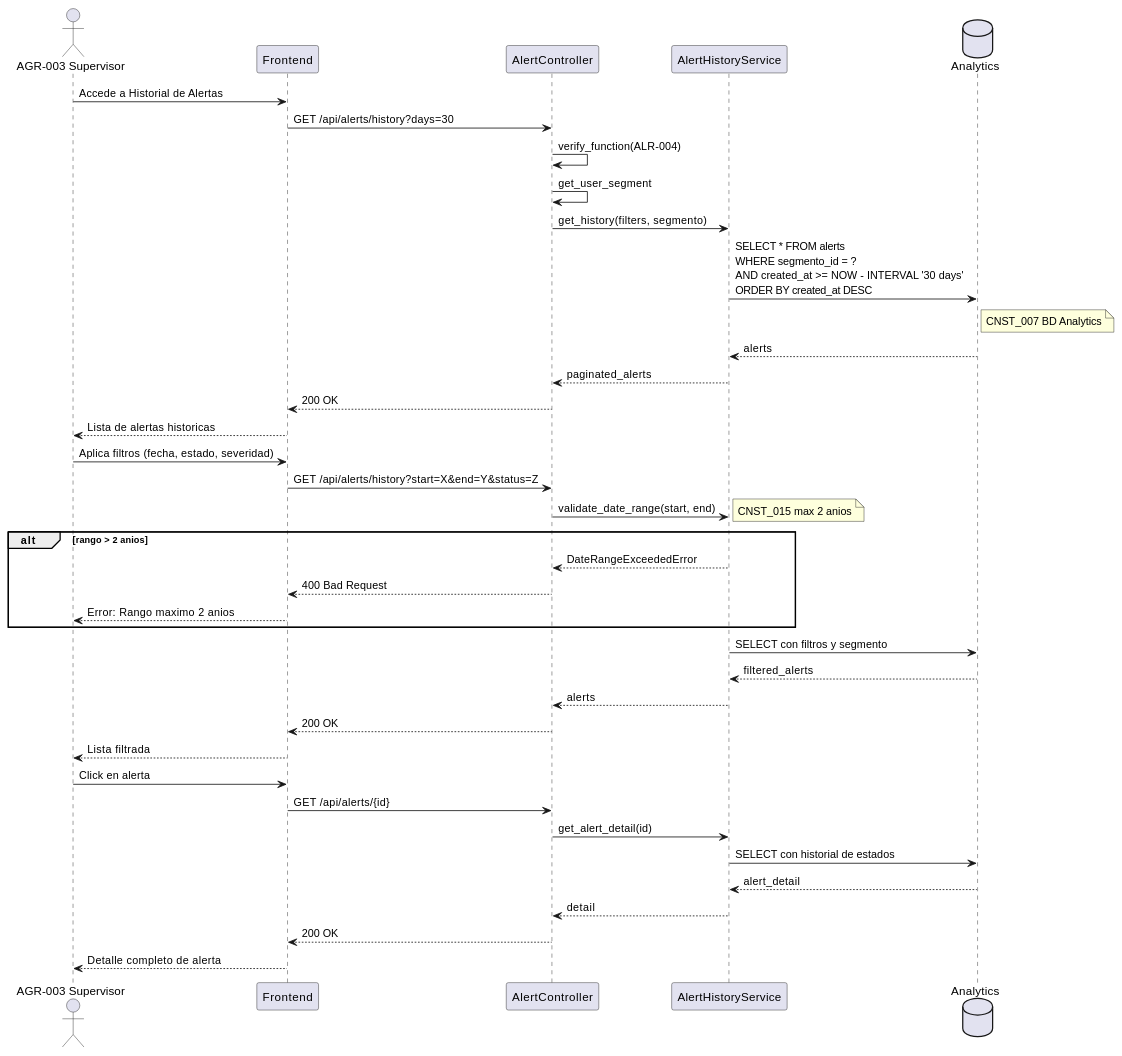
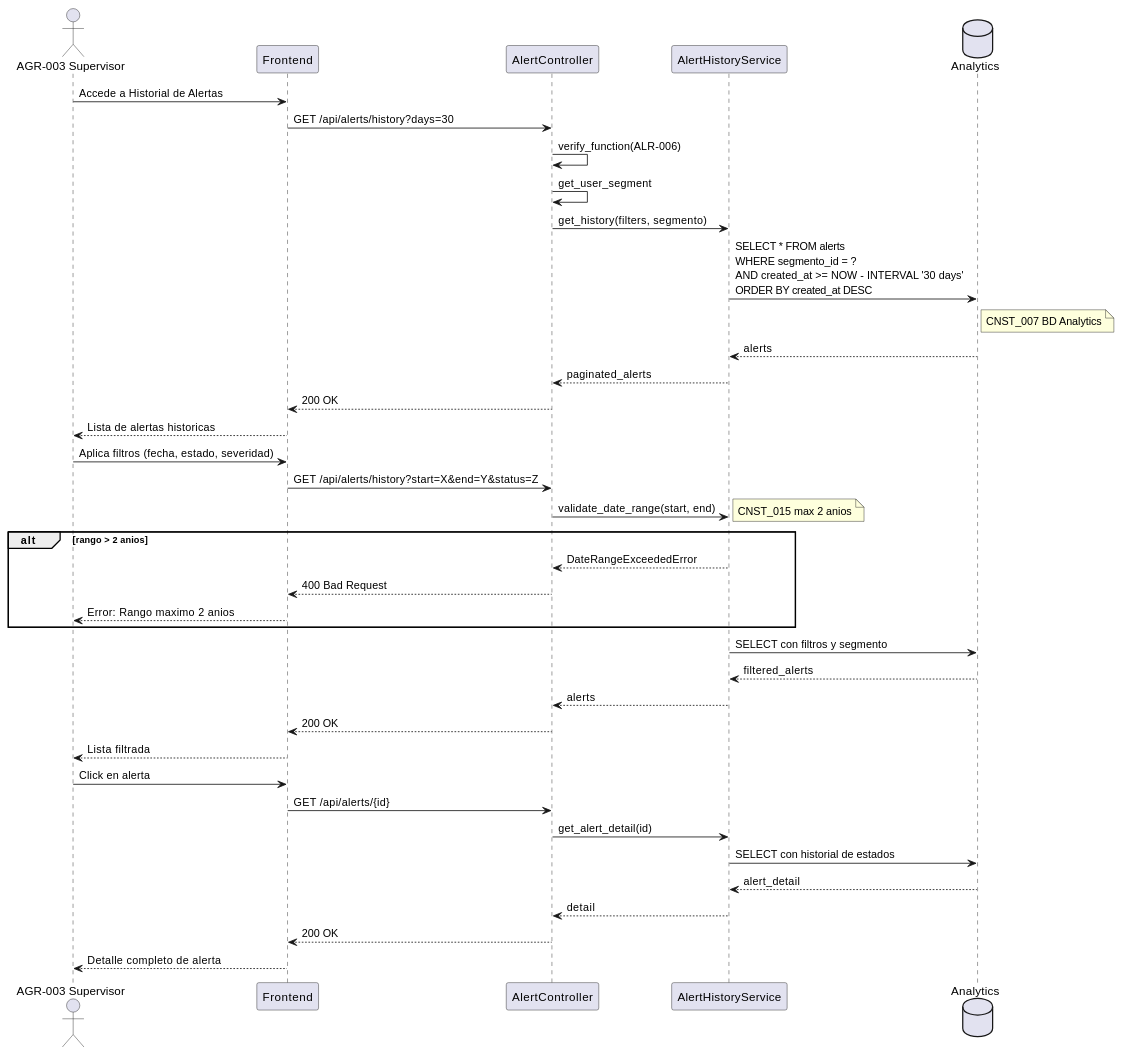
One commit to jcg-admin/IACT-docs changed the second of 3 diagrams in source/requisitos/casos-uso/alerts/uc-alr-04-ver-historial-alertas.rst. Above: the diagram before and after it, drawn with PlantUML. The commit also changed other lines of this file and 8 other files, not shown here.

```diff
--- a/source/requisitos/casos-uso/alerts/uc-alr-04-ver-historial-alertas.rst
+++ b/source/requisitos/casos-uso/alerts/uc-alr-04-ver-historial-alertas.rst
@@ -156,50 +156,50 @@
 .. uml::
  :caption: Diagrama de Secuencia - UC_ALR_04
 
  @startuml
  actor "AGR-003 Supervisor" as S
  participant "Frontend" as FE
  participant "AlertController" as AC
  participant "AlertHistoryService" as AHS
  database "Analytics" as DB
 
  S -> FE: Accede a Historial de Alertas
  FE -> AC: GET /api/alerts/history?days=30
- AC -> AC: verify_function(ALR-004)
+ AC -> AC: verify_function(ALR-006)
  AC -> AC: get_user_segment
 
  AC -> AHS: get_history(filters, segmento)
  AHS -> DB: SELECT * FROM alerts\nWHERE segmento_id = ?\nAND created_at >= NOW - INTERVAL '30 days'\nORDER BY created_at DESC
  note right of DB: CNST_007 BD Analytics
  DB --> AHS: alerts
  AHS --> AC: paginated_alerts
  AC --> FE: 200 OK
  FE --> S: Lista de alertas historicas
 
  S -> FE: Aplica filtros (fecha, estado, severidad)
  FE -> AC: GET /api/alerts/history?start=X&end=Y&status=Z
 
  AC -> AHS: validate_date_range(start, end)
  note right: CNST_015 max 2 anios
 
  alt rango > 2 anios
  AHS --> AC: DateRangeExceededError
  AC --> FE: 400 Bad Request
  FE --> S: Error: Rango maximo 2 anios
  end
 
  AHS -> DB: SELECT con filtros y segmento
  DB --> AHS: filtered_alerts
  AHS --> AC: alerts
  AC --> FE: 200 OK
  FE --> S: Lista filtrada
 
  S -> FE: Click en alerta
  FE -> AC: GET /api/alerts/{id}
  AC -> AHS: get_alert_detail(id)
  AHS -> DB: SELECT con historial de estados
  DB --> AHS: alert_detail
  AHS --> AC: detail
  AC --> FE: 200 OK
  FE --> S: Detalle completo de alerta
  @enduml
```
